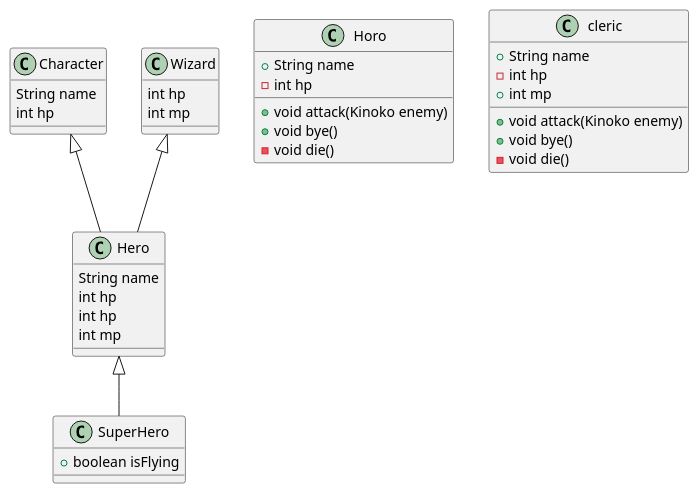
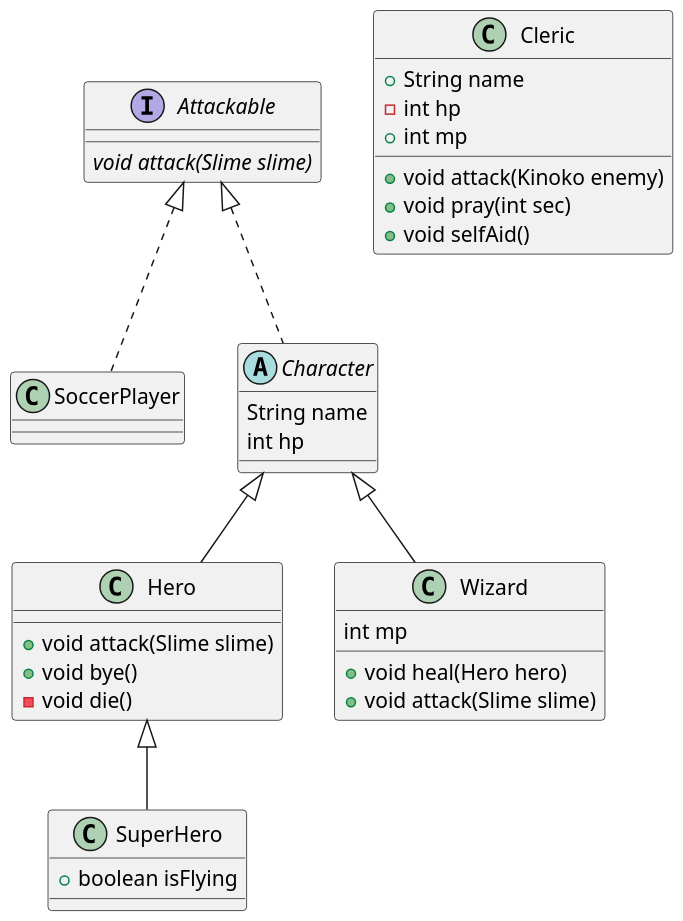
One commit to SurvivalCodingCampus/polytech_java_study changed the diagram in src/main/java/com/survivalcoding/game.puml. Above: the diagram before and after it, drawn with PlantUML. The commit also changed 36 other files, not shown here.

```diff
--- a/src/main/java/com/survivalcoding/game.puml
+++ b/src/main/java/com/survivalcoding/game.puml
@@ -1,50 +1,44 @@
 @startuml
 'https://plantuml.com/class-diagram
 
-scale 1
+scale 1.5
 
-class SuperHero extends Hero{
-  + boolean isFlying
+class SuperHero extends Hero {
+    + boolean isFlying
 }
 
-class Character {
-   String name
-   int hp
-   }
-class Wizard{
-   int hp
-   int mp
-   }
+interface Attackable {
+    {abstract} void attack(Slime slime)
+}
+
+class SoccerPlayer implements Attackable {
+}
+
+abstract class Character implements Attackable {
+    String name
+    int hp
+}
+
+class Wizard extends Character {
+    int mp
+    + void heal(Hero hero)
+    + void attack(Slime slime)
+}
 
 class Hero extends Character {
-      String name
-      int hp
-      }
-class Hero extends Wizard{
-      int hp
-      int mp
-      }
+    + void attack(Slime slime)
+    + void bye()
+    - void die()
+}
 
+class Cleric {
+    + String name
+    - int hp
+    + int mp
 
-class Horo {
-   + String name
-   - int hp
-
-   +void attack(Kinoko enemy)
-   +void bye()
-   -void die()
-
-}
-class cleric{
-   + String name
-   - int hp
-   + int mp
-
-   +void attack(Kinoko enemy)
-   +void bye()
-   -void die()
-
-
+    + void attack(Kinoko enemy)
+    + void pray(int sec)
+    + void selfAid()
 }
 
 @enduml
```
